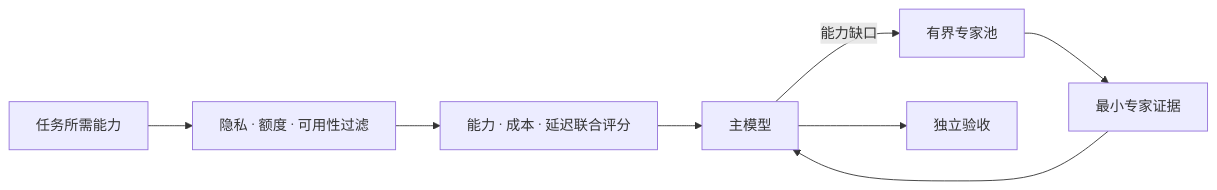
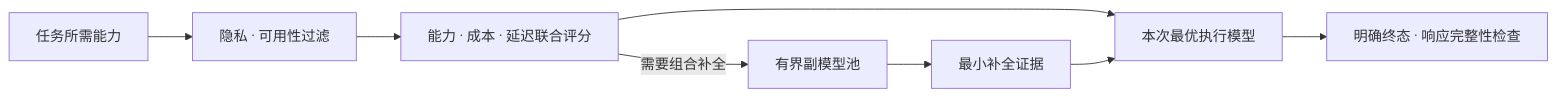
Before and after one commit to skillnull/AI-Tidu9: the first of 2 diagrams in docs/CORE-DIFFERENTIATORS.md, drawn with Mermaid. The commit also changed other lines of this file and 43 other files, not shown here.

````diff
--- a/docs/CORE-DIFFERENTIATORS.md
+++ b/docs/CORE-DIFFERENTIATORS.md
@@ -7,10 +7,10 @@
 ```mermaid
 flowchart LR
-  Need["任务所需能力"] --> Filter["隐私 · 额度 · 可用性过滤"]
+  Need["任务所需能力"] --> Filter["隐私 · 可用性过滤"]
   Filter --> Score["能力 · 成本 · 延迟联合评分"]
-  Score --> Main["主模型"]
-  Main -->|"能力缺口"| Expert["有界专家池"]
-  Expert --> Evidence["最小专家证据"]
-  Evidence --> Main
-  Main --> Verify["独立验收"]
+  Score --> Route["本次最优执行模型"]
+  Score -->|"需要组合补全"| Expert["有界副模型池"]
+  Expert --> Evidence["最小补全证据"]
+  Evidence --> Route
+  Route --> Check["明确终态 · 响应完整性检查"]
 ```
````
